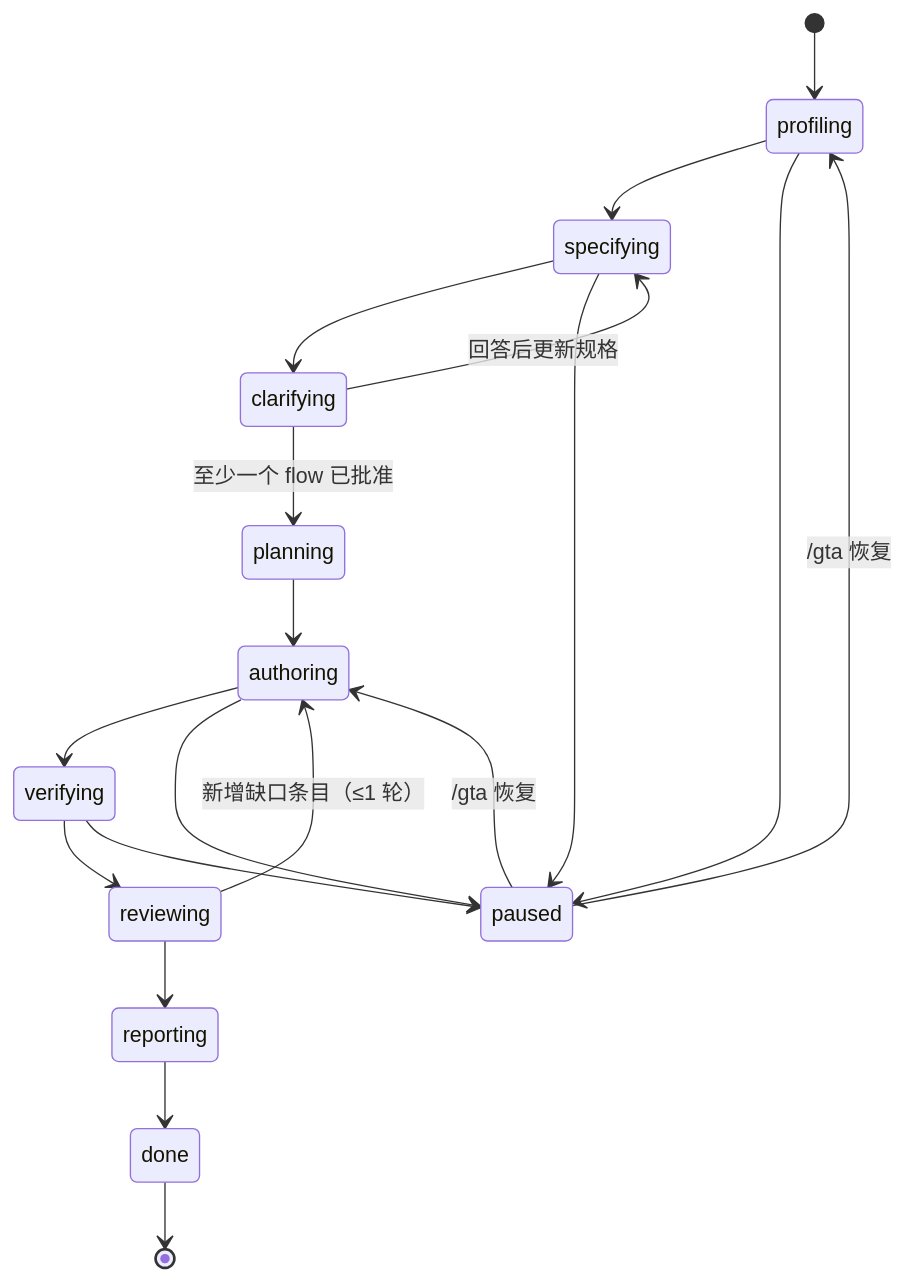
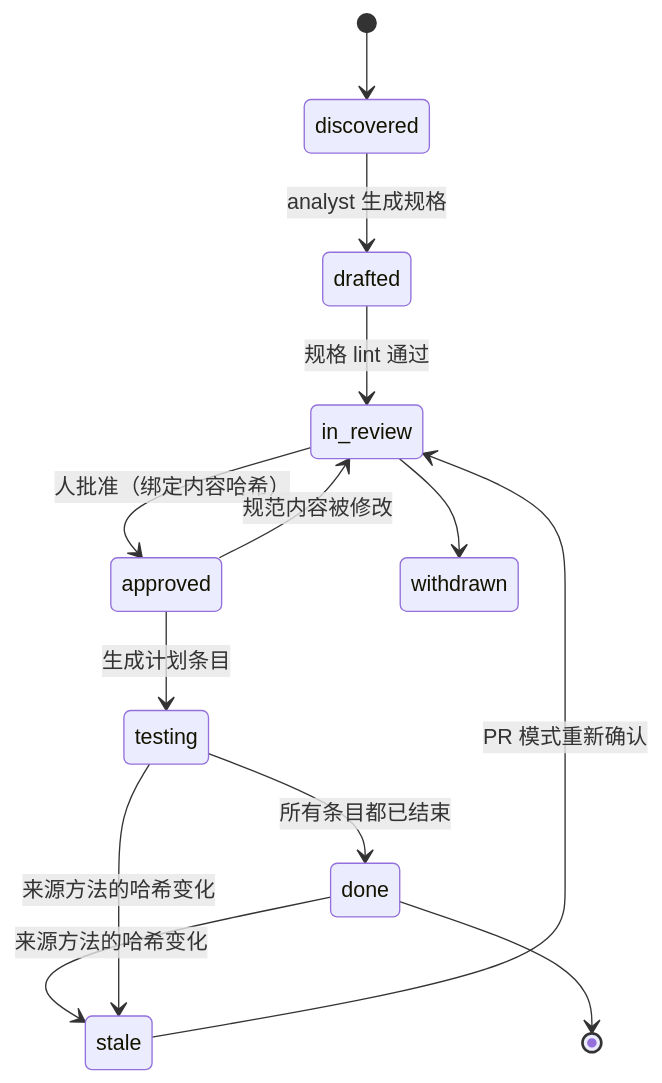
One commit to JojunY/generic-testing-agent changed the diagram in plan.md. Above: the diagram before and after it, drawn with Mermaid. The commit also changed other lines of this file, not shown here.

````diff
--- a/plan.md
+++ b/plan.md
@@ -419,21 +557,15 @@
 ```mermaid
 stateDiagram-v2
-  [*] --> profiling
-  profiling --> specifying
-  specifying --> clarifying
-  clarifying --> specifying : 回答后更新规格
-  clarifying --> planning : 至少一个 flow 已批准
-  planning --> authoring
-  authoring --> verifying
-  verifying --> reviewing
-  reviewing --> authoring : 新增缺口条目（≤1 轮）
-  reviewing --> reporting
-  reporting --> done
-  profiling --> paused
-  specifying --> paused
-  authoring --> paused
-  verifying --> paused
-  paused --> profiling : /gta 恢复
-  paused --> authoring : /gta 恢复
+  [*] --> discovered
+  discovered --> drafted : analyst 生成规格
+  drafted --> in_review : 规格 lint 通过
+  in_review --> approved : 人批准（绑定内容哈希）
+  approved --> testing : 生成计划条目
+  testing --> done : 所有条目都已结束
+  approved --> in_review : 规范内容被修改
+  done --> stale : 来源方法的哈希变化
+  testing --> stale : 来源方法的哈希变化
+  stale --> in_review : PR 模式重新确认
+  in_review --> withdrawn
   done --> [*]
 ```
````
